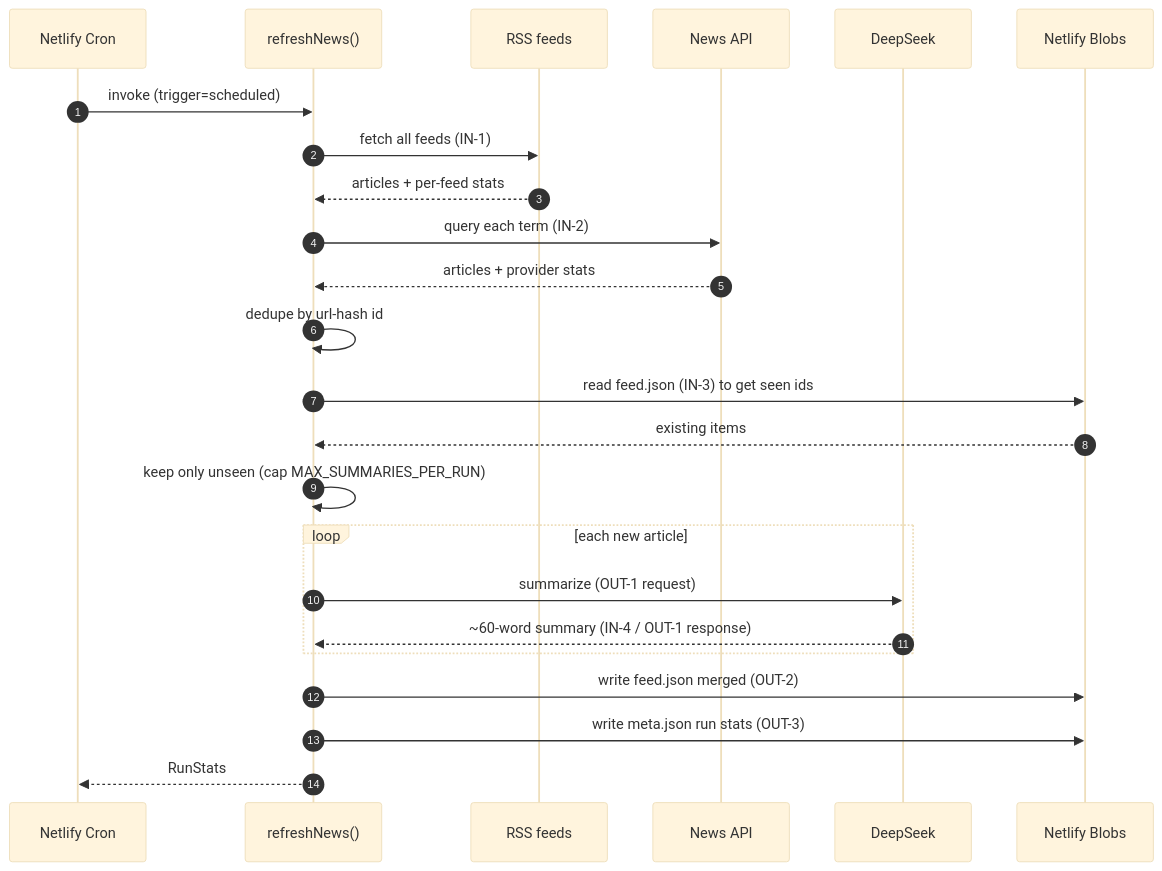
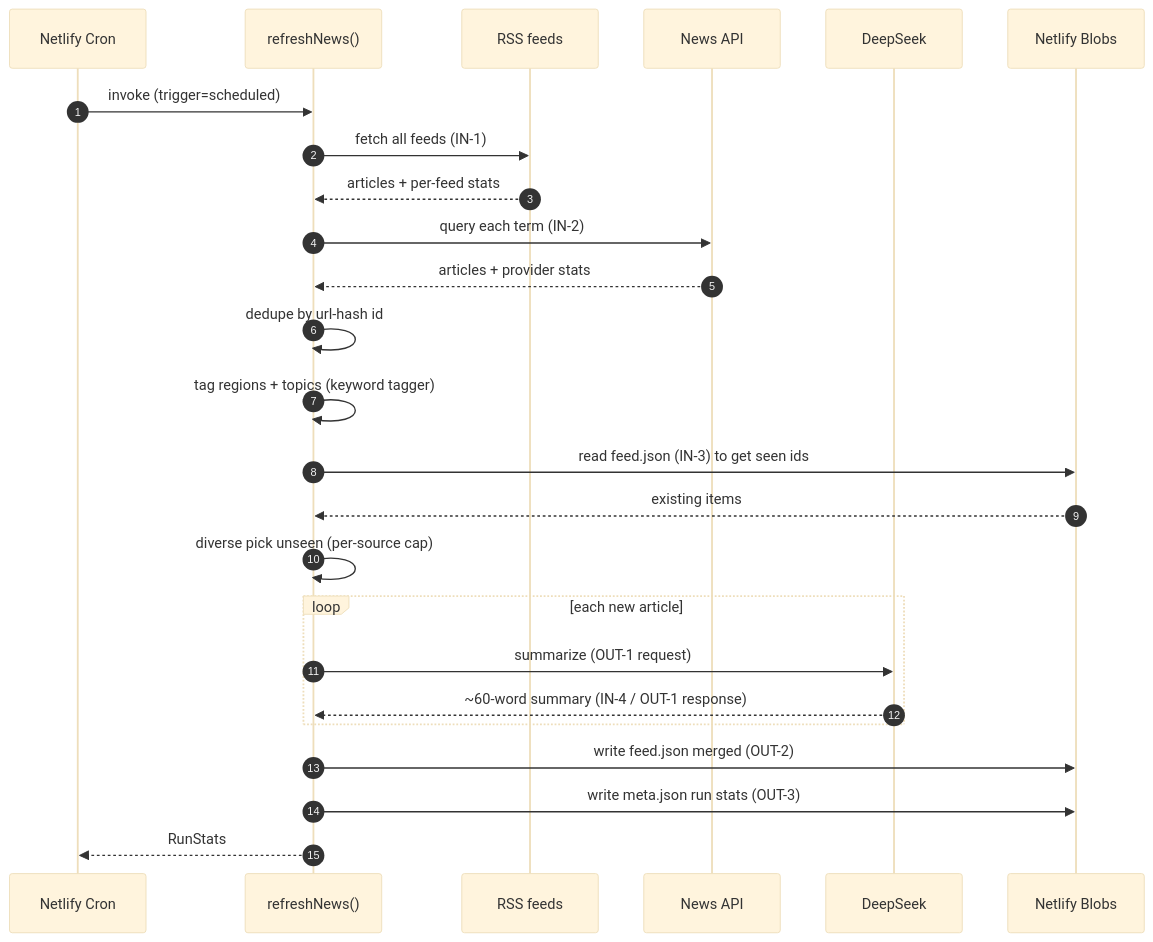
The second of 4 diagrams in docs/ARCHITECTURE.md (Djay96/realitea), drawn with Mermaid (base theme) before and after one commit. The commit also changed other lines of this file and 15 other files, not shown here.

````diff
--- a/docs/ARCHITECTURE.md
+++ b/docs/ARCHITECTURE.md
@@ -86,27 +86,28 @@
 ```mermaid
 sequenceDiagram
   autonumber
   participant Cron as Netlify Cron
   participant R as refreshNews()
   participant RSS as RSS feeds
   participant API as News API
   participant DS as DeepSeek
   participant B as Netlify Blobs
 
   Cron->>R: invoke (trigger=scheduled)
   R->>RSS: fetch all feeds (IN-1)
   RSS-->>R: articles + per-feed stats
   R->>API: query each term (IN-2)
   API-->>R: articles + provider stats
   R->>R: dedupe by url-hash id
+  R->>R: tag regions + topics (keyword tagger)
   R->>B: read feed.json (IN-3) to get seen ids
   B-->>R: existing items
-  R->>R: keep only unseen (cap MAX_SUMMARIES_PER_RUN)
+  R->>R: diverse pick unseen (per-source cap)
   loop each new article
     R->>DS: summarize (OUT-1 request)
     DS-->>R: ~60-word summary (IN-4 / OUT-1 response)
   end
   R->>B: write feed.json merged (OUT-2)
   R->>B: write meta.json run stats (OUT-3)
   R-->>Cron: RunStats
 ```
````
